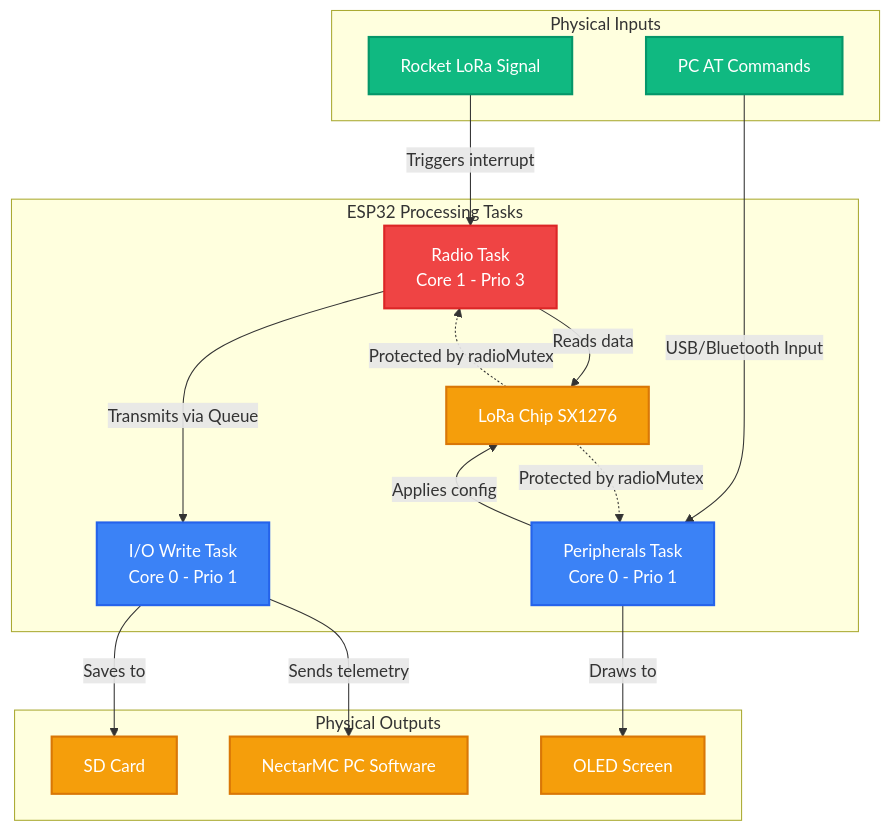
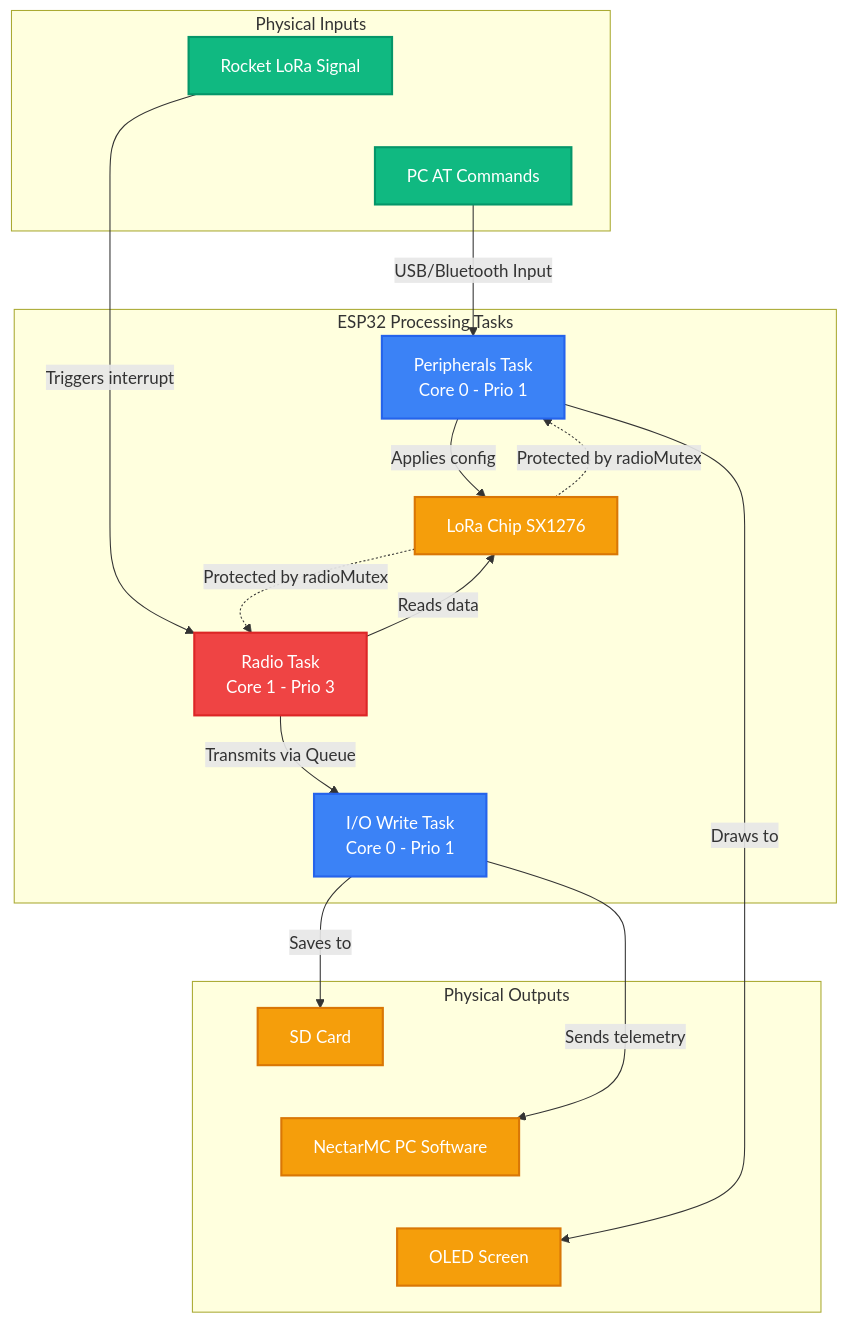
The diagram in README.md (axpaul/RocketStation-LoRa32), drawn with Mermaid before and after one commit. The commit also changed other lines of this file, not shown here.

Commit message:
docs: align Mermaid diagram nodes into horizontal grids in README.md

````diff
--- a/README.md
+++ b/README.md
@@ -152,43 +152,48 @@
 ```mermaid
 graph TD
     %% Color Styles
     classDef highPrio fill:#ef4444,stroke:#dc2626,stroke-width:2px,color:#fff;
     classDef normPrio fill:#3b82f6,stroke:#2563eb,stroke-width:2px,color:#fff;
     classDef hwStyle fill:#f59e0b,stroke:#d97706,stroke-width:2px,color:#fff;
     classDef inputStyle fill:#10b981,stroke:#059669,stroke-width:2px,color:#fff;
 
     subgraph Inputs [Physical Inputs]
         SignalLoRa[Rocket LoRa Signal]:::inputStyle
         ConsolePC[PC AT Commands]:::inputStyle
+        SignalLoRa ~~~ ConsolePC
     end
 
     subgraph ESP32 [ESP32 Processing Tasks]
         TacheRadio[Radio Task <br/> Core 1 - Prio 3]:::highPrio
+        TachePeriph[Peripherals Task <br/> Core 0 - Prio 1]:::normPrio
         TacheEcriture[I/O Write Task <br/> Core 0 - Prio 1]:::normPrio
-        TachePeriph[Peripherals Task <br/> Core 0 - Prio 1]:::normPrio
         PuceLoRa[LoRa Chip SX1276]:::hwStyle
+        
+        TacheRadio ~~~ TachePeriph
+        TacheEcriture ~~~ PuceLoRa
     end
 
     subgraph Outputs [Physical Outputs]
         CarteSD[SD Card]:::hwStyle
         LogicielPC[NectarMC PC Software]:::hwStyle
         OLED[OLED Screen]:::hwStyle
+        CarteSD ~~~ LogicielPC ~~~ OLED
     end
 
     %% Flows
     SignalLoRa -->|Triggers interrupt| TacheRadio
     ConsolePC -->|USB/Bluetooth Input| TachePeriph
 
     TacheRadio -->|Reads data| PuceLoRa
     TacheRadio -->|Transmits via Queue| TacheEcriture
 
     TacheEcriture -->|Saves to| CarteSD
     TacheEcriture -->|Sends telemetry| LogicielPC
     
     TachePeriph -->|Draws to| OLED
     TachePeriph -->|Applies config| PuceLoRa
 
     %% Security Lock
     PuceLoRa -.->|Protected by radioMutex| TacheRadio
     PuceLoRa -.->|Protected by radioMutex| TachePeriph
 ```
````
